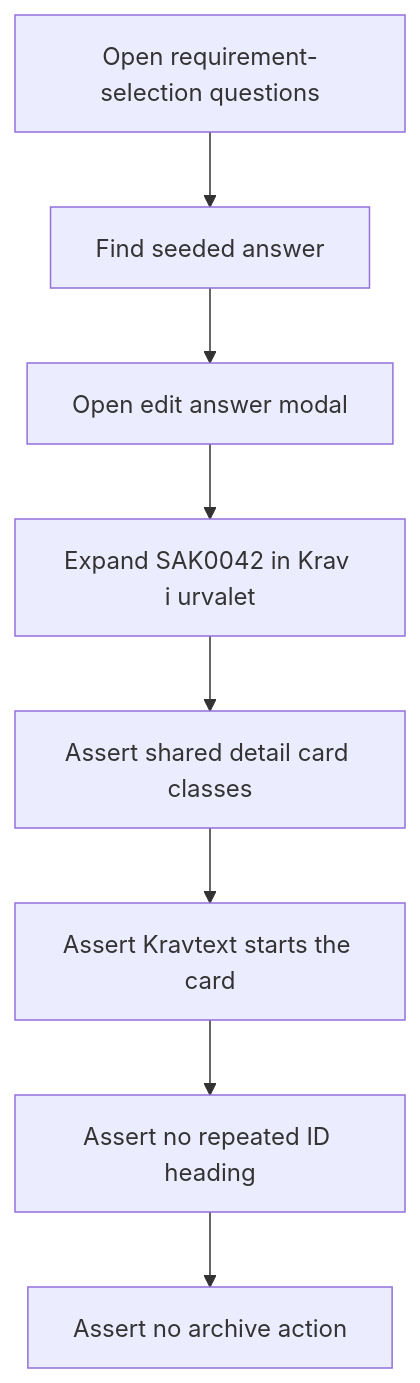
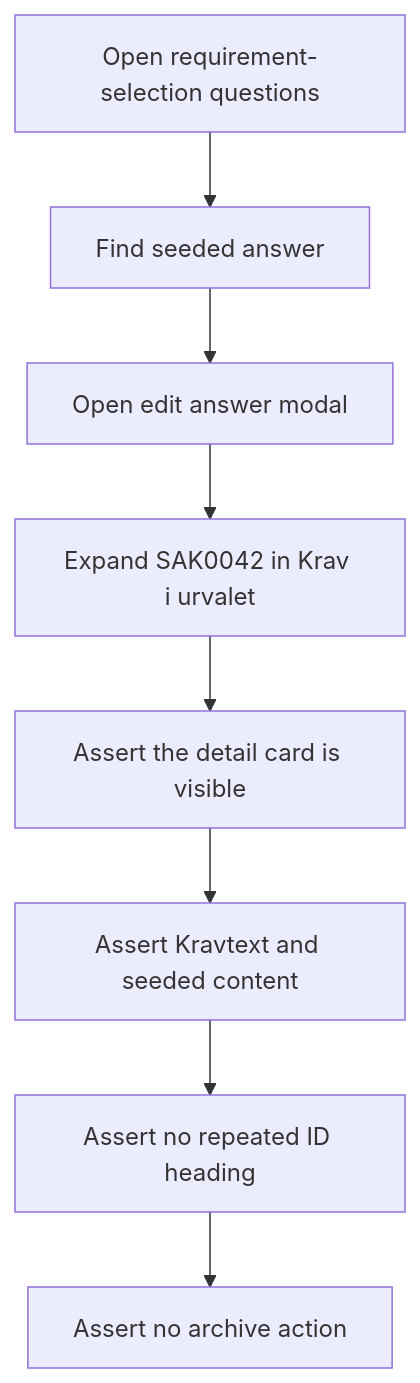
One commit to viscalyx/Kravhantering changed the first of 3 diagrams in tests/integration/requirement-selection-questions-detail.md. Above: the diagram before and after it, drawn with Mermaid. The commit also changed other lines of this file and 5 other files, not shown here.

````diff
--- a/tests/integration/requirement-selection-questions-detail.md
+++ b/tests/integration/requirement-selection-questions-detail.md
@@ -12,10 +12,10 @@
 ```mermaid
 flowchart TD
     A[Open requirement-selection questions] --> B[Find seeded answer]
     B --> C[Open edit answer modal]
     C --> D[Expand SAK0042 in Krav i urvalet]
-    D --> E[Assert shared detail card classes]
-    E --> F[Assert Kravtext starts the card]
+    D --> E[Assert the detail card is visible]
+    E --> F[Assert Kravtext and seeded content]
     F --> G[Assert no repeated ID heading]
     G --> H[Assert no archive action]
 ```
````
